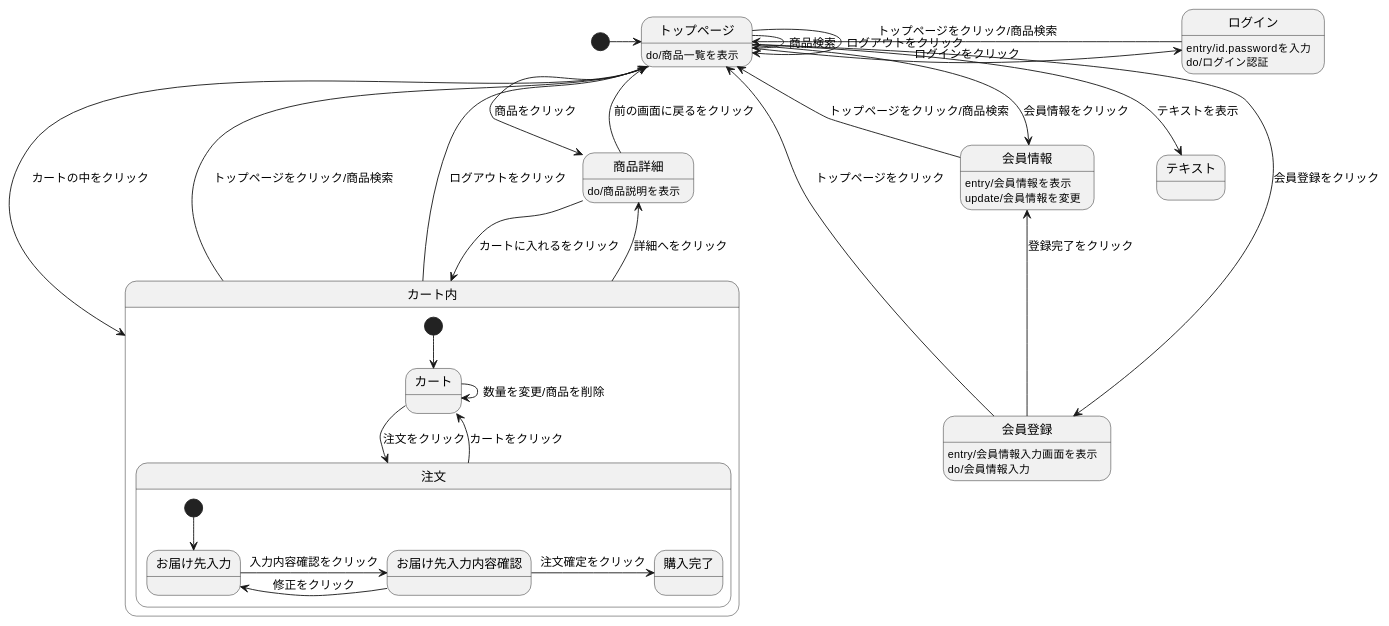
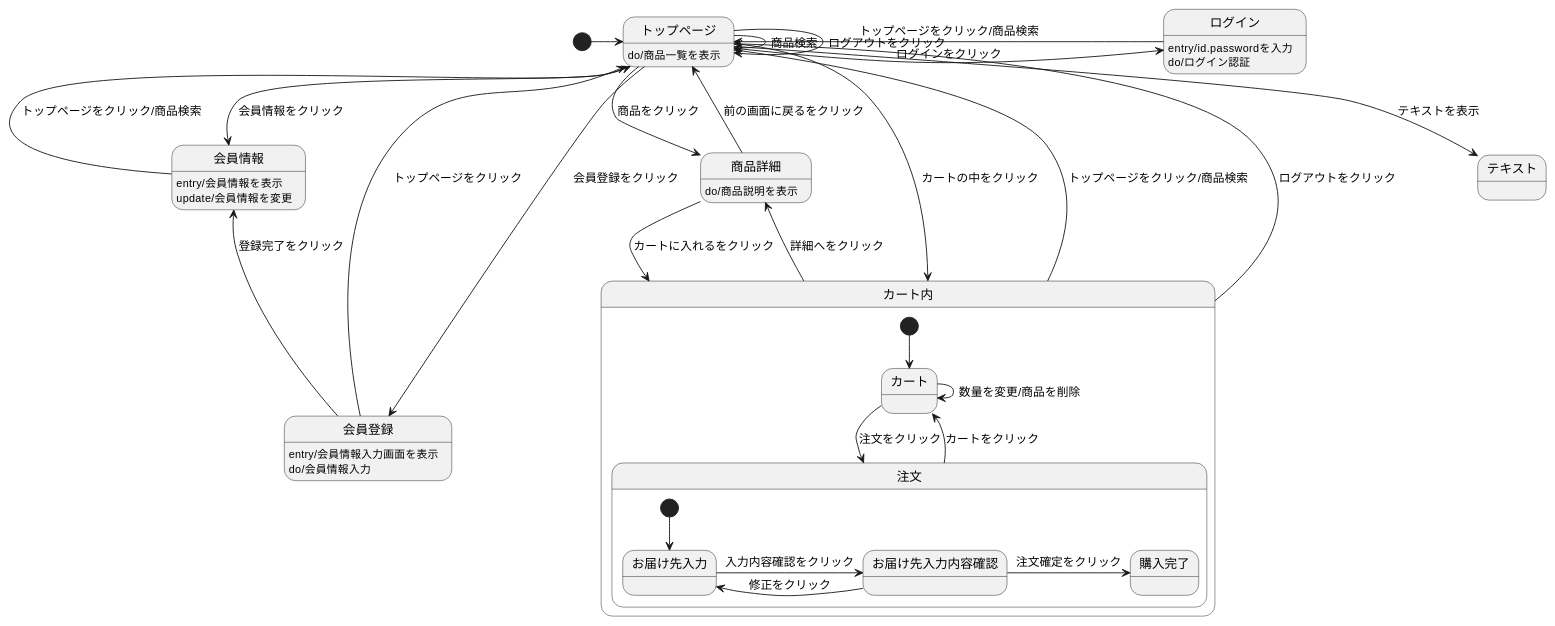
Before and after one commit to Aso2001007/System4: the diagram in 03_画面遷移図/画面遷移図.md, drawn with PlantUML.

````diff
--- a/03_画面遷移図/画面遷移図.md
+++ b/03_画面遷移図/画面遷移図.md
@@ -1,54 +1,54 @@
 ```uml
 
 @startuml
 [*] -> トップページ 
 
-会員登録 --> トップページ : トップページをクリック
+会員登録 -left-> トップページ : トップページをクリック
 会員登録 -up-> 会員情報 :登録完了をクリック
 会員登録 :entry/会員情報入力画面を表示
 会員登録 :do/会員情報入力
 
 会員情報 -left-> トップページ : トップページをクリック/商品検索 
 会員情報 : entry/会員情報を表示
 会員情報 : update/会員情報を変更
 
 ログイン -right-> トップページ : トップページをクリック/商品検索 
 ログイン : entry/id.passwordを入力 
 ログイン : do/ログイン認証 
 
 トップページ --> 会員登録 : 会員登録をクリック
 トップページ --> 会員情報 : 会員情報をクリック
 トップページ --> トップページ : ログアウトをクリック 
 トップページ -> トップページ : 商品検索 
 トップページ -> 商品詳細 : 商品をクリック 
 トップページ -right-> ログイン : ログインをクリック 
 トップページ --> カート内 : カートの中をクリック 
 トップページ --> テキスト : テキストを表示
 トップページ : do/商品一覧を表示 
 
 商品詳細 --> カート内 : カートに入れるをクリック 
 商品詳細 --> トップページ : 前の画面に戻るをクリック 
 商品詳細 : do/商品説明を表示
 
  
 
 カート内 -up-> トップページ : トップページをクリック/商品検索 
 カート内 -up-> トップページ : ログアウトをクリック 
 カート内 -> 商品詳細 : 詳細へをクリック 
 
 state カート内 { 
   [*] --> カート 
   カート -> 注文 : 注文をクリック 
   カート -> カート : 数量を変更/商品を削除 
   注文 --> カート : カートをクリック 
 
   state 注文 { 
     [*] --> お届け先入力 
     お届け先入力 -> お届け先入力内容確認 : 入力内容確認をクリック 
     お届け先入力内容確認 -> お届け先入力 : 修正をクリック 
     お届け先入力内容確認 -> 購入完了 : 注文確定をクリック 
   } 
 }
 @enduml
 
 ```
````
